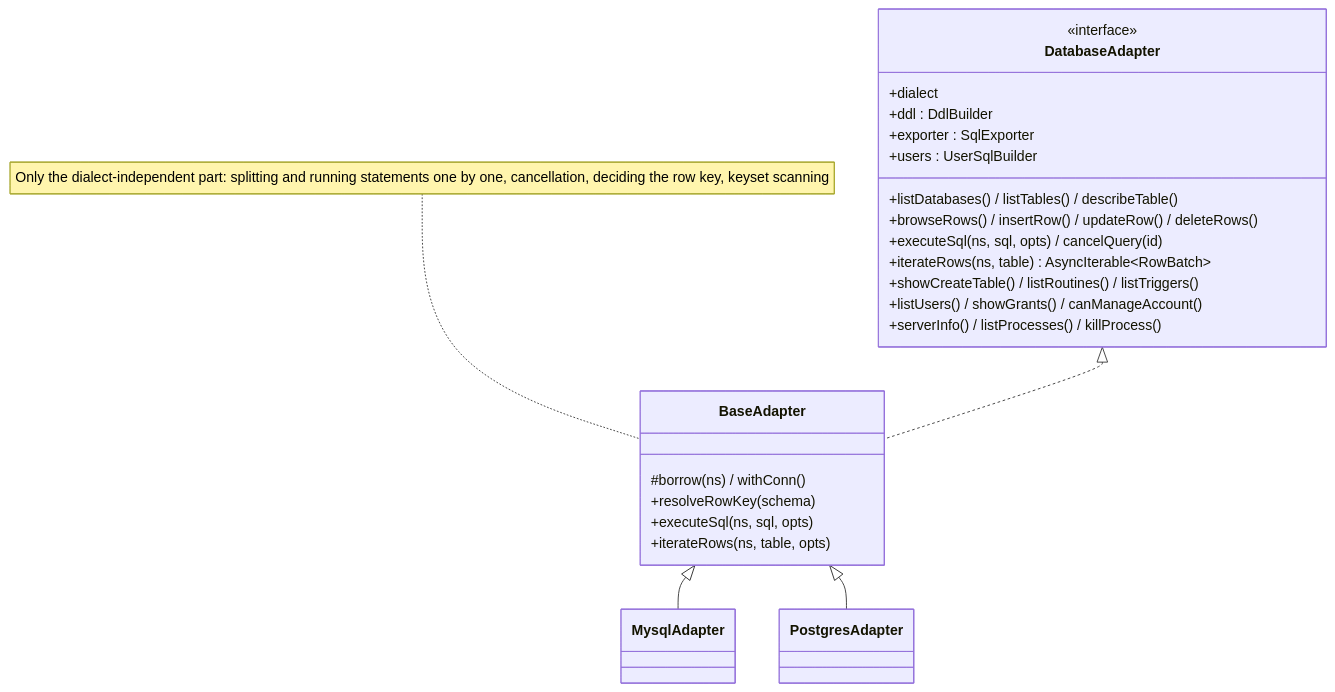
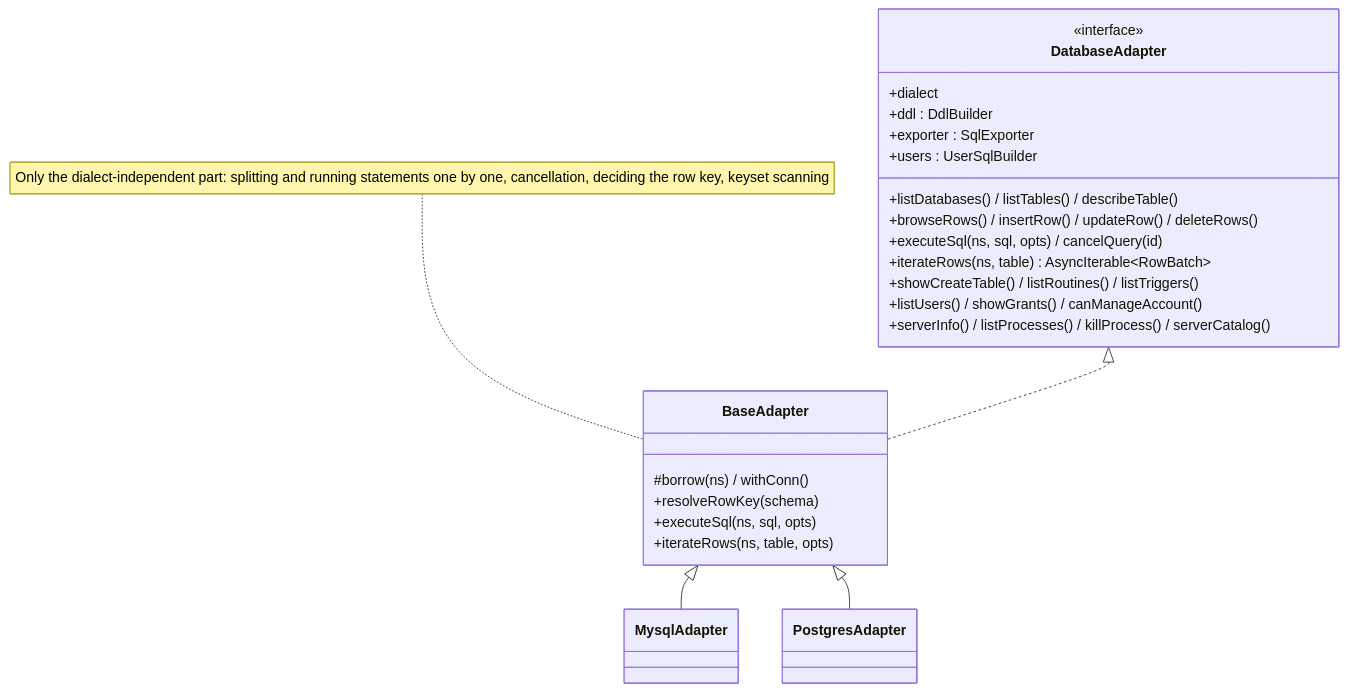
The third of 11 diagrams in docs/en/architecture.md (ip-san/tsmyadmin), drawn with Mermaid before and after one commit. The commit also changed other lines of this file and 29 other files, not shown here.

````diff
--- a/docs/en/architecture.md
+++ b/docs/en/architecture.md
@@ -74,29 +74,29 @@
 ```mermaid
 classDiagram
   class DatabaseAdapter {
     <<interface>>
     +dialect
     +listDatabases() / listTables() / describeTable()
     +browseRows() / insertRow() / updateRow() / deleteRows()
     +executeSql(ns, sql, opts) / cancelQuery(id)
     +iterateRows(ns, table) AsyncIterable~RowBatch~
     +showCreateTable() / listRoutines() / listTriggers()
     +listUsers() / showGrants() / canManageAccount()
-    +serverInfo() / listProcesses() / killProcess()
+    +serverInfo() / listProcesses() / killProcess() / serverCatalog()
     +ddl : DdlBuilder
     +exporter : SqlExporter
     +users : UserSqlBuilder
   }
   class BaseAdapter {
     #borrow(ns) / withConn()
     +resolveRowKey(schema)
     +executeSql(ns, sql, opts)
     +iterateRows(ns, table, opts)
   }
   note for BaseAdapter "Only the dialect-independent part: splitting and running statements one by one, cancellation, deciding the row key, keyset scanning"
   class MysqlAdapter
   class PostgresAdapter
   DatabaseAdapter <|.. BaseAdapter
   BaseAdapter <|-- MysqlAdapter
   BaseAdapter <|-- PostgresAdapter
 ```
````
